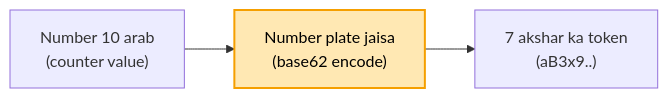
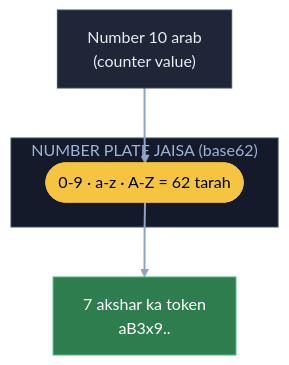
Before and after one commit to ArpanMaheshwari144/Prep: the second of 13 diagrams in 04_HLD/SYSTEM_DESIGNS/01_url_shortener/01_url_shortener.md, drawn with Mermaid. The commit also changed other lines of this file, not shown here.

Commit message:
URL shortener: 13 diagram YouTube (reel) wale card andaaz me

````diff
--- a/04_HLD/SYSTEM_DESIGNS/01_url_shortener/01_url_shortener.md
+++ b/04_HLD/SYSTEM_DESIGNS/01_url_shortener/01_url_shortener.md
@@ -50,6 +60,16 @@
 ```mermaid
-flowchart LR
-    N["Number 10 arab<br/>(counter value)"] --> P["Number plate jaisa<br/>(base62 encode)"]
-    P --> T["7 akshar ka token<br/>(aB3x9..)"]
-    style P fill:#ffe8b3,stroke:#f59f00,stroke-width:2px,color:#000
+flowchart TB
+    N["Number 10 arab<br/>(counter value)"]:::card
+    subgraph P["NUMBER PLATE JAISA (base62)"]
+        A(["0-9 · a-z · A-Z = 62 tarah"]):::pill
+    end
+    T["7 akshar ka token<br/>aB3x9.."]:::good
+    N --> A
+    A --> T
+    linkStyle default stroke:#8fa3c7,stroke-width:2px
+    classDef card fill:#1e2638,stroke:#3a4a6b,color:#e8ecf5
+    classDef pill fill:#f5c542,stroke:#f5c542,color:#000
+    classDef good fill:#2e7d4f,stroke:#3fbf6f,color:#fff
+    classDef bad fill:#5c1f24,stroke:#e05561,color:#fff
+    style P fill:#141a29,stroke:#3a4a6b,color:#9fb3d9
 ```
````
